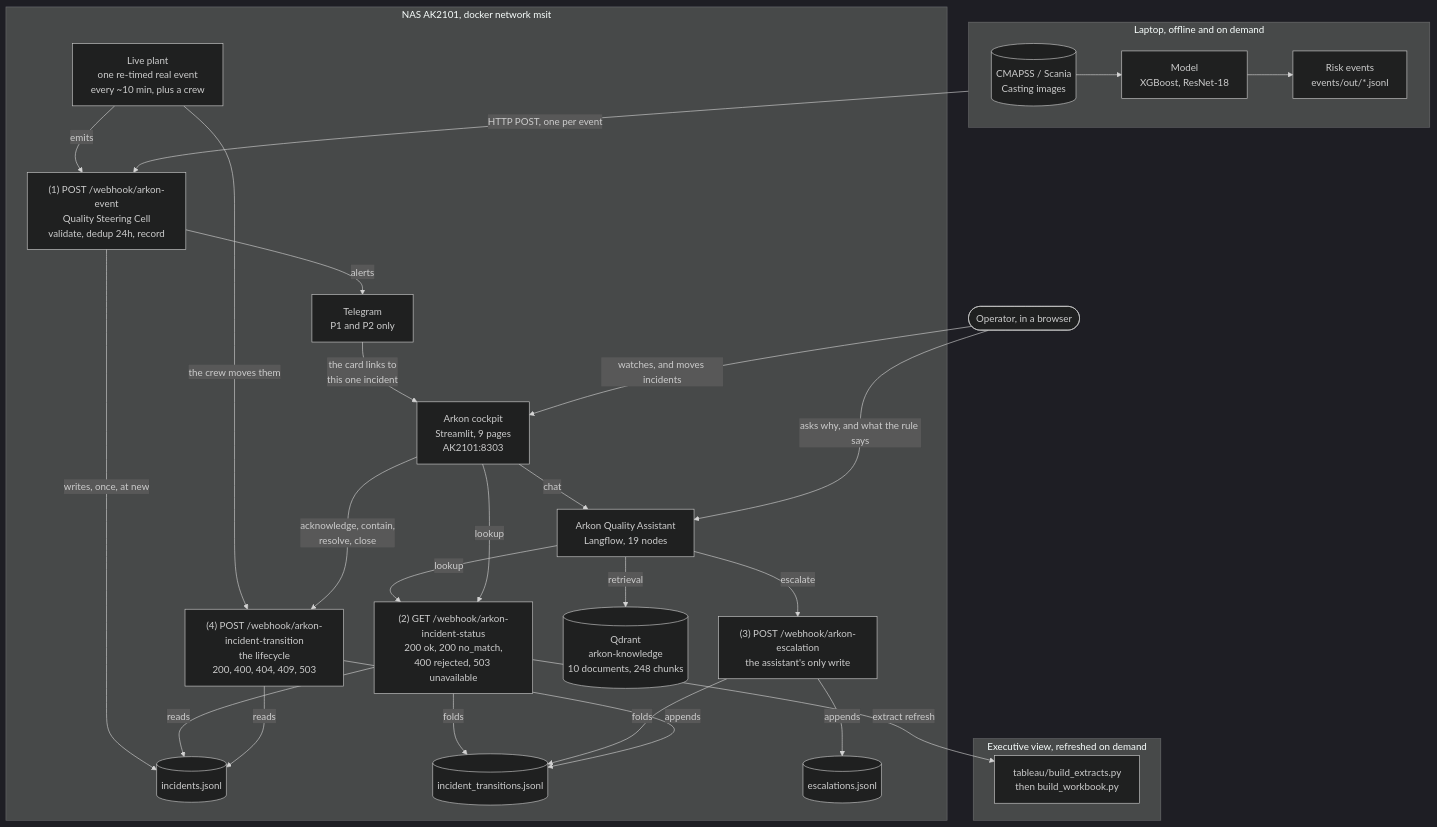
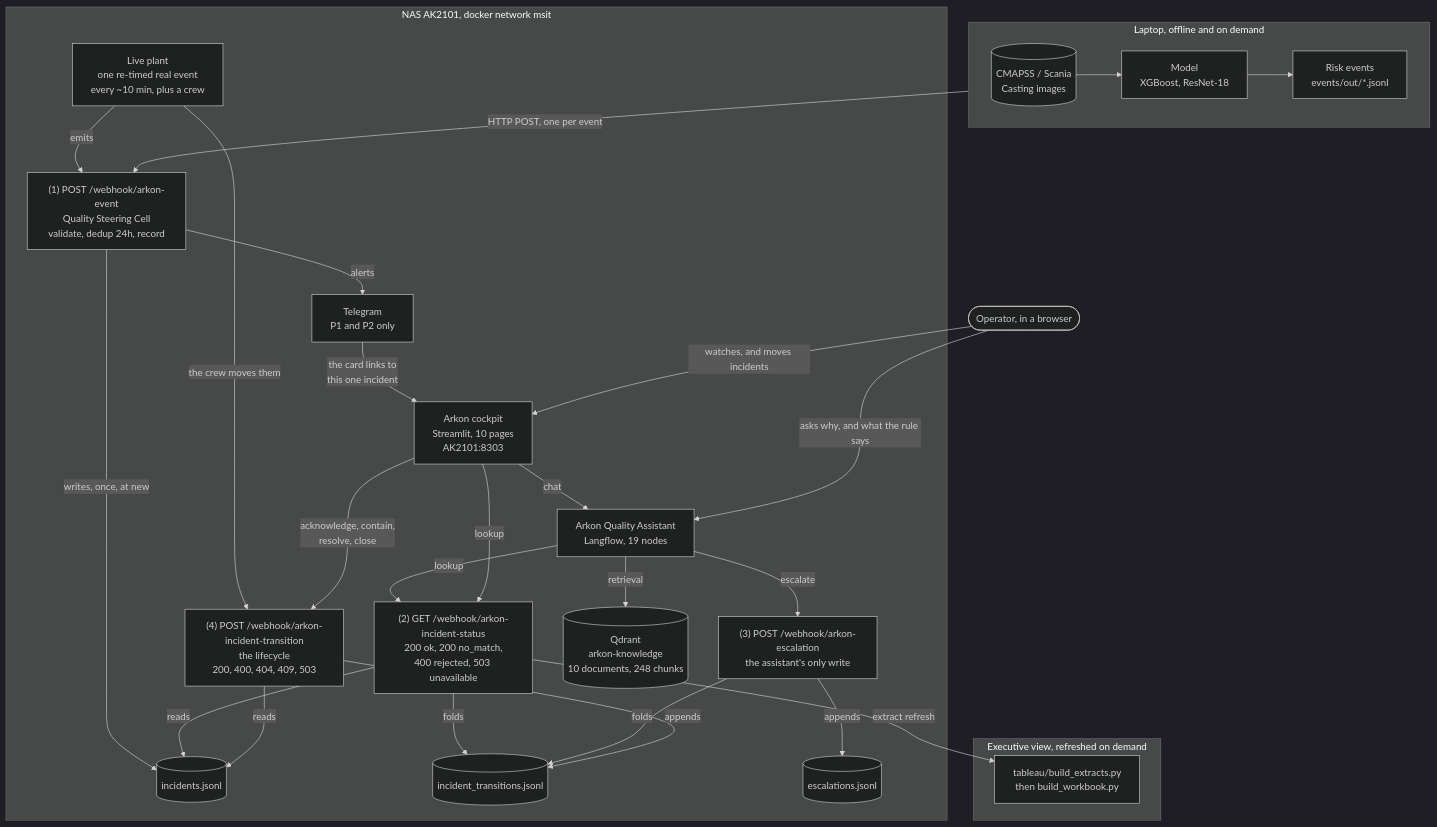
Before and after one commit to sergey-kasatov/arkon-manufacturing-ai: the first of 2 diagrams in README.md, drawn with Mermaid (dark theme). The commit also changed other lines of this file and 2 other files, not shown here.

````diff
--- a/README.md
+++ b/README.md
@@ -117,51 +128,51 @@
 ```mermaid
 flowchart TB
   subgraph LAPTOP["Laptop, offline and on demand"]
     direction LR
     DATA[("CMAPSS / Scania<br/>Casting images")] --> MODEL["Model<br/>XGBoost, ResNet-18"] --> EV["Risk events<br/>events/out/*.jsonl"]
   end
 
   OP(["Operator, in a browser"])
 
   subgraph NAS["NAS AK2101, docker network msit"]
     W1["(1) POST /webhook/arkon-event<br/>Quality Steering Cell<br/>validate, dedup 24h, record"]
     ASSIST["Arkon Quality Assistant<br/>Langflow, 19 nodes"]
-    COCK["Arkon cockpit<br/>Streamlit, 9 pages<br/>AK2101:8303"]
+    COCK["Arkon cockpit<br/>Streamlit, 10 pages<br/>AK2101:8303"]
     W2["(2) GET /webhook/arkon-incident-status<br/>200 ok, 200 no_match,<br/>400 rejected, 503 unavailable"]
     W3["(3) POST /webhook/arkon-escalation<br/>the assistant's only write"]
     W4["(4) POST /webhook/arkon-incident-transition<br/>the lifecycle<br/>200, 400, 404, 409, 503"]
     LP["Live plant<br/>one re-timed real event<br/>every ~10 min, plus a crew"]
     QD[("Qdrant<br/>arkon-knowledge<br/>10 documents, 248 chunks")]
     INC[("incidents.jsonl")]
     TRN[("incident_transitions.jsonl")]
     ESC[("escalations.jsonl")]
     TG["Telegram<br/>P1 and P2 only"]
 
     W1 -- alerts --> TG
     W1 -- "writes, once, at new" --> INC
     LP -- "emits" --> W1
     LP -- "the crew moves them" --> W4
     ASSIST -- retrieval --> QD
     ASSIST -- lookup --> W2
     ASSIST -- escalate --> W3
     W2 -- reads --> INC
     W2 -- "folds" --> TRN
     COCK -- lookup --> W2
     COCK -- "acknowledge, contain,<br/>resolve, close" --> W4
     COCK -- chat --> ASSIST
     W3 -- appends --> ESC
     W3 -- "folds" --> TRN
     W4 -- appends --> TRN
     W4 -- reads --> INC
   end
 
   subgraph EXEC["Executive view, refreshed on demand"]
     TAB["tableau/build_extracts.py<br/>then build_workbook.py"]
   end
 
   EV -- "HTTP POST, one per event" --> W1
   TG -- "the card links to<br/>this one incident" --> COCK
   OP -- "asks why, and what the rule says" --> ASSIST
   OP -- "watches, and moves incidents" --> COCK
   W2 -- "extract refresh" --> TAB
 ```
````
